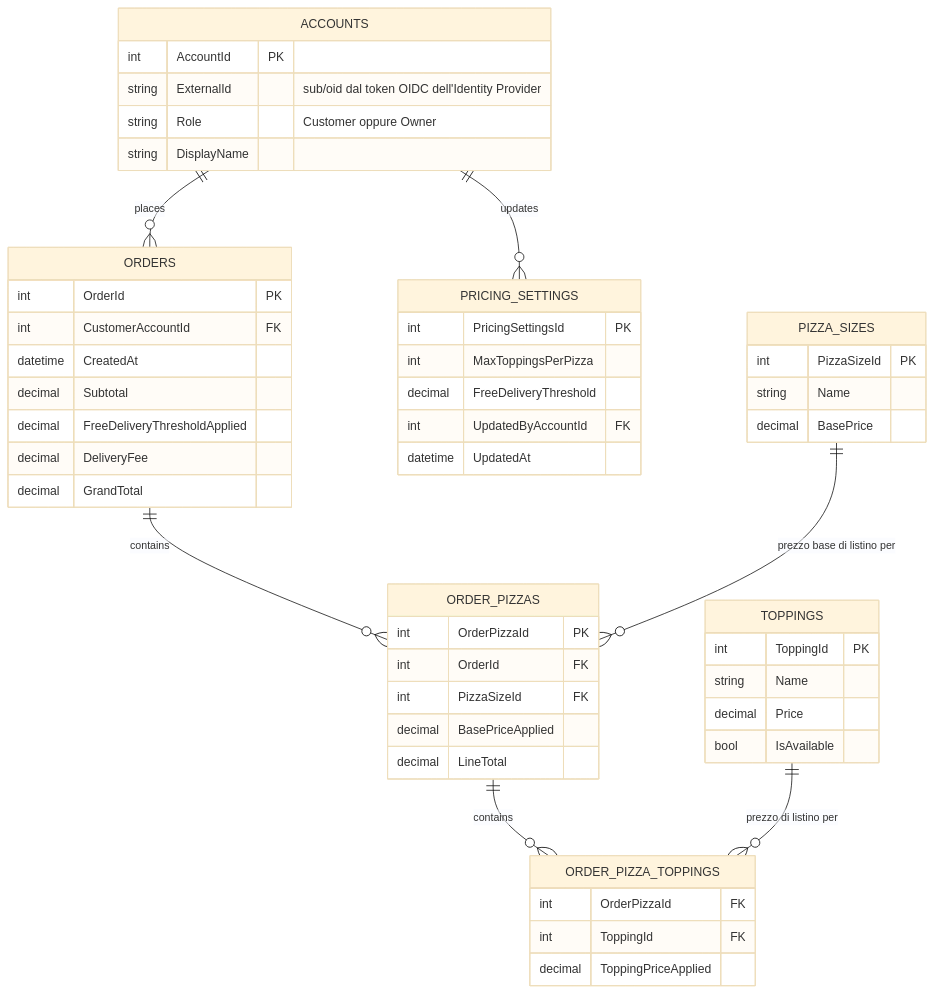
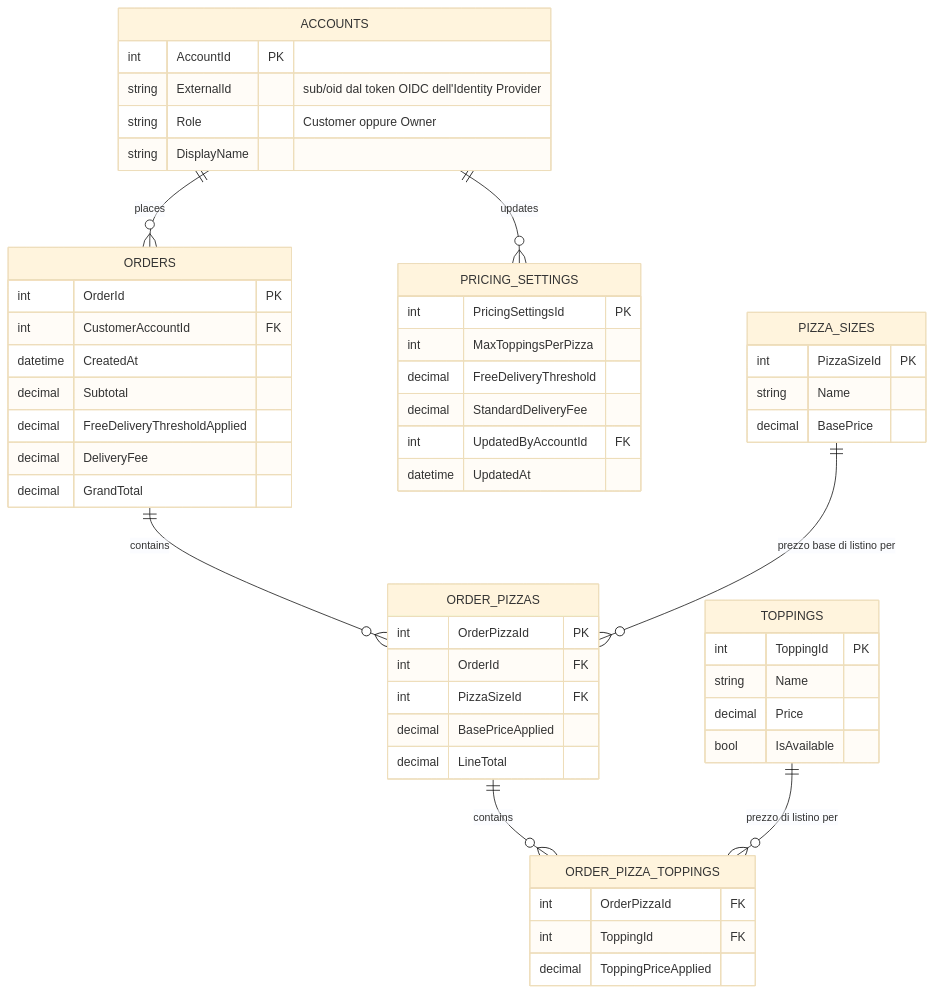
Before and after one commit to Timon-code95/PizzaShop: the diagram in docs/c4-model/06-er-model.md, drawn with Mermaid (base theme). The commit also changed other lines of this file and 19 other files, not shown here.

````diff
--- a/docs/c4-model/06-er-model.md
+++ b/docs/c4-model/06-er-model.md
@@ -41,61 +41,62 @@
 ```mermaid
 erDiagram
 	ACCOUNTS ||--o{ ORDERS : places
 	ACCOUNTS ||--o{ PRICING_SETTINGS : updates
 	ORDERS ||--o{ ORDER_PIZZAS : contains
 	ORDER_PIZZAS ||--o{ ORDER_PIZZA_TOPPINGS : contains
 	PIZZA_SIZES ||--o{ ORDER_PIZZAS : "prezzo base di listino per"
 	TOPPINGS ||--o{ ORDER_PIZZA_TOPPINGS : "prezzo di listino per"
 
 	ACCOUNTS {
 		int AccountId PK
 		string ExternalId "sub/oid dal token OIDC dell'Identity Provider"
 		string Role "Customer oppure Owner"
 		string DisplayName
 	}
 
 	ORDERS {
 		int OrderId PK
 		int CustomerAccountId FK
 		datetime CreatedAt
 		decimal Subtotal
 		decimal FreeDeliveryThresholdApplied
 		decimal DeliveryFee
 		decimal GrandTotal
 	}
 
 	ORDER_PIZZAS {
 		int OrderPizzaId PK
 		int OrderId FK
 		int PizzaSizeId FK
 		decimal BasePriceApplied
 		decimal LineTotal
 	}
 
 	ORDER_PIZZA_TOPPINGS {
 		int OrderPizzaId FK
 		int ToppingId FK
 		decimal ToppingPriceApplied
 	}
 
 	PIZZA_SIZES {
 		int PizzaSizeId PK
 		string Name
 		decimal BasePrice
 	}
 
 	TOPPINGS {
 		int ToppingId PK
 		string Name
 		decimal Price
 		bool IsAvailable
 	}
 
 	PRICING_SETTINGS {
 		int PricingSettingsId PK
 		int MaxToppingsPerPizza
 		decimal FreeDeliveryThreshold
+		decimal StandardDeliveryFee
 		int UpdatedByAccountId FK
 		datetime UpdatedAt
 	}
 ```
````
